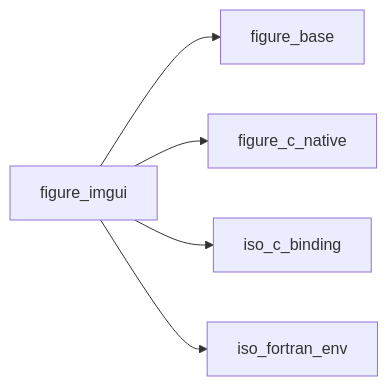
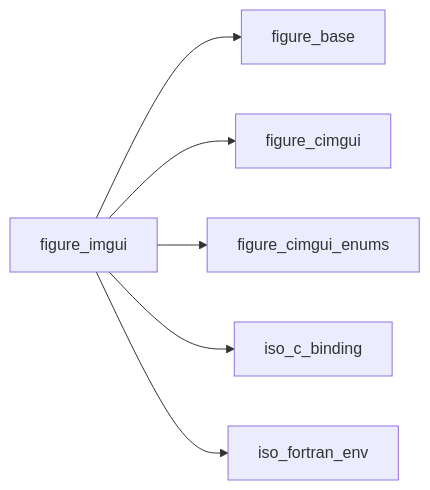
Before and after one commit to szaghi/figure: the first of 15 diagrams in docs/api/src/lib/figure_imgui.md, drawn with Mermaid. The commit also changed 27 other files, not shown here.

````diff
--- a/docs/api/src/lib/figure_imgui.md
+++ b/docs/api/src/lib/figure_imgui.md
@@ -18,7 +18,8 @@
 ```mermaid
 graph LR
   figure_imgui["figure_imgui"] --> figure_base["figure_base"]
-  figure_imgui["figure_imgui"] --> figure_c_native["figure_c_native"]
+  figure_imgui["figure_imgui"] --> figure_cimgui["figure_cimgui"]
+  figure_imgui["figure_imgui"] --> figure_cimgui_enums["figure_cimgui_enums"]
   figure_imgui["figure_imgui"] --> iso_c_binding["iso_c_binding"]
   figure_imgui["figure_imgui"] --> iso_fortran_env["iso_fortran_env"]
 ```
````
